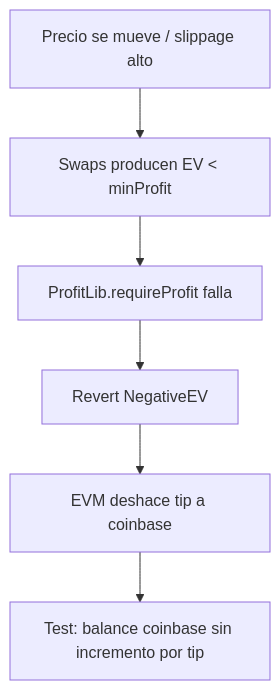
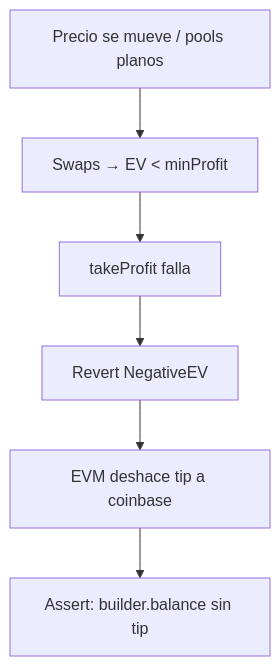
The fifth of 9 diagrams in doc/flujograma.md (rastrahm/mev-hft-infra), drawn with Mermaid before and after one commit. The commit also changed other lines of this file and 5 other files, not shown here.

````diff
--- a/doc/flujograma.md
+++ b/doc/flujograma.md
@@ -98,8 +98,8 @@
 ```mermaid
 flowchart TD
-    A[Precio se mueve / slippage alto] --> B[Swaps producen EV < minProfit]
-    B --> C[ProfitLib.requireProfit falla]
+    A[Precio se mueve / pools planos] --> B[Swaps → EV < minProfit]
+    B --> C[takeProfit falla]
     C --> D[Revert NegativeEV]
     D --> E[EVM deshace tip a coinbase]
-    E --> F[Test: balance coinbase sin incremento por tip]
+    E --> F[Assert: builder.balance sin tip]
 ```
````
